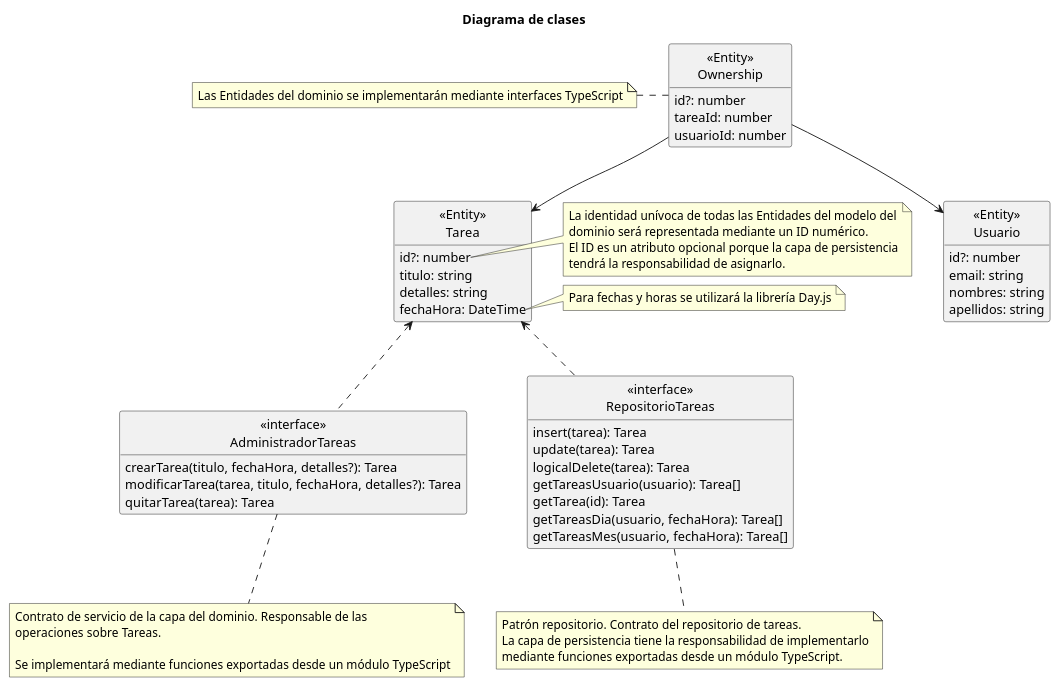
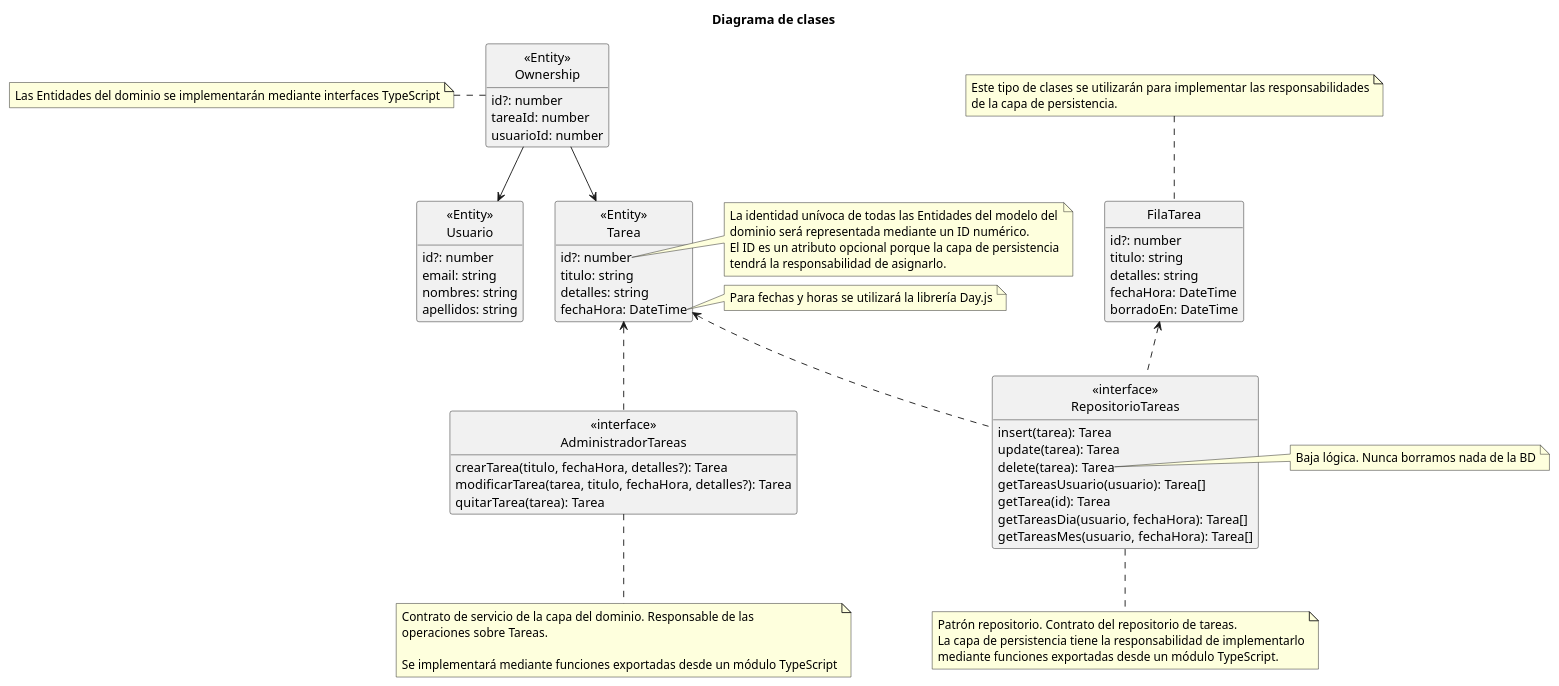
One commit to esteban4321duran/app-tareas-v1-docs changed the diagram in architecture-model/diagrama-clases.pu. Above: the diagram before and after it, drawn with PlantUML. The commit also changed 1 other file, not shown here.

Commit message:
added logical view

```diff
--- a/architecture-model/diagrama-clases.pu
+++ b/architecture-model/diagrama-clases.pu
@@ -1,76 +1,92 @@
 @startuml diagrama de clases
 title Diagrama de clases
 hide empty members
 skinparam style strictuml
 
 
 class "<<Entity>>\nTarea" as T {
     id?: number
     titulo: string
     detalles: string
     fechaHora: DateTime
 } 
 
 note right of T::id 
 La identidad unívoca de todas las Entidades del modelo del
 dominio será representada mediante un ID numérico.
 El ID es un atributo opcional porque la capa de persistencia
 tendrá la responsabilidad de asignarlo.
 end note
 
 note right of T::fechaHora 
 Para fechas y horas se utilizará la librería Day.js
 end note
 
 class "<<Entity>>\nUsuario" as U{
     id?: number
     email: string
     nombres: string
     apellidos: string
 }
 
 class "<<Entity>>\nOwnership" as O{
     id?: number
     tareaId: number
     usuarioId: number
 }
 
 note left of O
 Las Entidades del dominio se implementarán mediante interfaces TypeScript
 endnote
 
 O --> U
 O --> T
 
 class "<<interface>>\nAdministradorTareas" as AT{
     crearTarea(titulo, fechaHora, detalles?): Tarea
     modificarTarea(tarea, titulo, fechaHora, detalles?): Tarea
     quitarTarea(tarea): Tarea
 }
 note bottom of AT
 Contrato de servicio de la capa del dominio. Responsable de las 
 operaciones sobre Tareas.
 
 Se implementará mediante funciones exportadas desde un módulo TypeScript
 endnote
 
 AT .u.> T
 
 class "<<interface>>\nRepositorioTareas" as RT{
     insert(tarea): Tarea 
     update(tarea): Tarea 
-    logicalDelete(tarea): Tarea 
+    delete(tarea): Tarea 
     getTareasUsuario(usuario): Tarea[]
     getTarea(id): Tarea
     getTareasDia(usuario, fechaHora): Tarea[]
     getTareasMes(usuario, fechaHora): Tarea[]
 }
 note bottom of RT
 Patrón repositorio. Contrato del repositorio de tareas.
 La capa de persistencia tiene la responsabilidad de implementarlo
 mediante funciones exportadas desde un módulo TypeScript.
 end note
+note right of RT::delete
+Baja lógica. Nunca borramos nada de la BD
+end note
+
+class "FilaTarea" as FT{
+    id?: number
+    titulo: string
+    detalles: string
+    fechaHora: DateTime
+    borradoEn: DateTime
+}
+note top of FT
+Este tipo de clases se utilizarán para implementar las responsabilidades
+de la capa de persistencia.
+end note
 
 RT .u.> T
+RT .u.> FT
 
 @enduml
```
